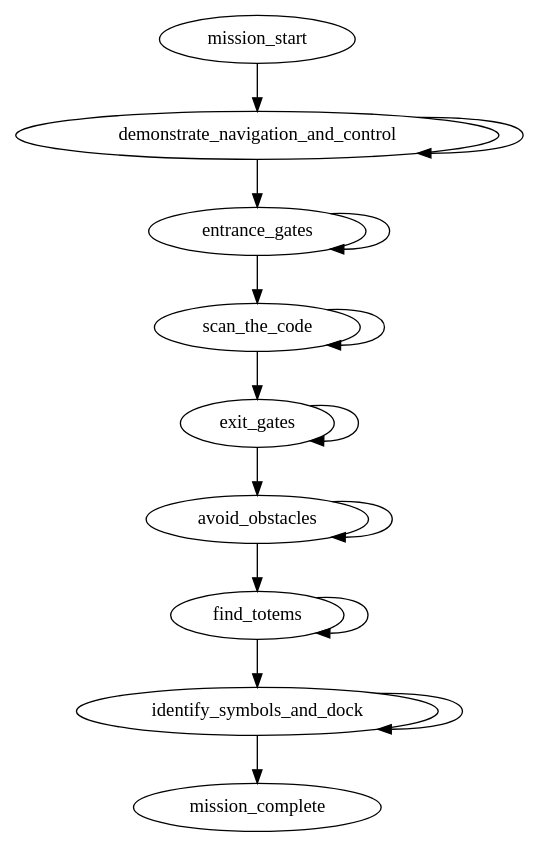
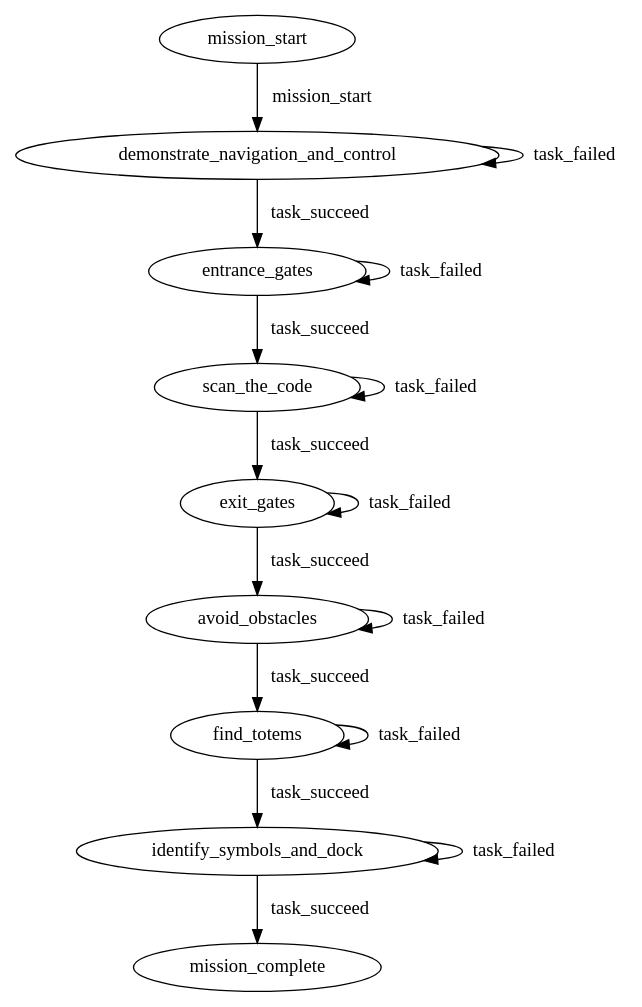
The diagram in robotx_decision_maker/data/mission_state_machine.dot (OUXT-Polaris/robotx_core), drawn with Graphviz before and after one commit. The commit also changed 4 other files, not shown here.

```diff
--- a/robotx_decision_maker/data/mission_state_machine.dot
+++ b/robotx_decision_maker/data/mission_state_machine.dot
@@ -1,26 +1,26 @@
 digraph G {
 0[label=mission_start];
 1[label=demonstrate_navigation_and_control];
 2[label=entrance_gates];
 3[label=scan_the_code];
 4[label=exit_gates];
 5[label=avoid_obstacles];
 6[label=find_totems];
 7[label=identify_symbols_and_dock];
 8[label=mission_complete];
-0->1 ;
-1->1 ;
-1->2 ;
-2->2 ;
-2->3 ;
-3->3 ;
-3->4 ;
-4->4 ;
-4->5 ;
-5->5 ;
-5->6 ;
-6->6 ;
-6->7 ;
-7->7 ;
-7->8 ;
+0->1 [label=mission_start];
+1->1 [label=task_failed];
+1->2 [label=task_succeed];
+2->2 [label=task_failed];
+2->3 [label=task_succeed];
+3->3 [label=task_failed];
+3->4 [label=task_succeed];
+4->4 [label=task_failed];
+4->5 [label=task_succeed];
+5->5 [label=task_failed];
+5->6 [label=task_succeed];
+6->6 [label=task_failed];
+6->7 [label=task_succeed];
+7->7 [label=task_failed];
+7->8 [label=task_succeed];
 }
```
